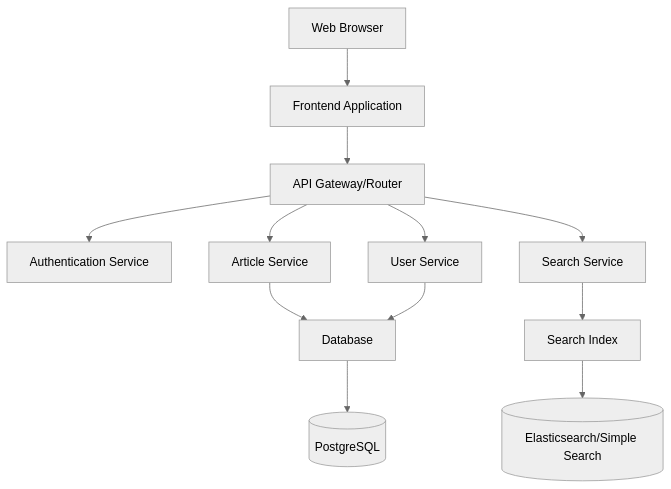
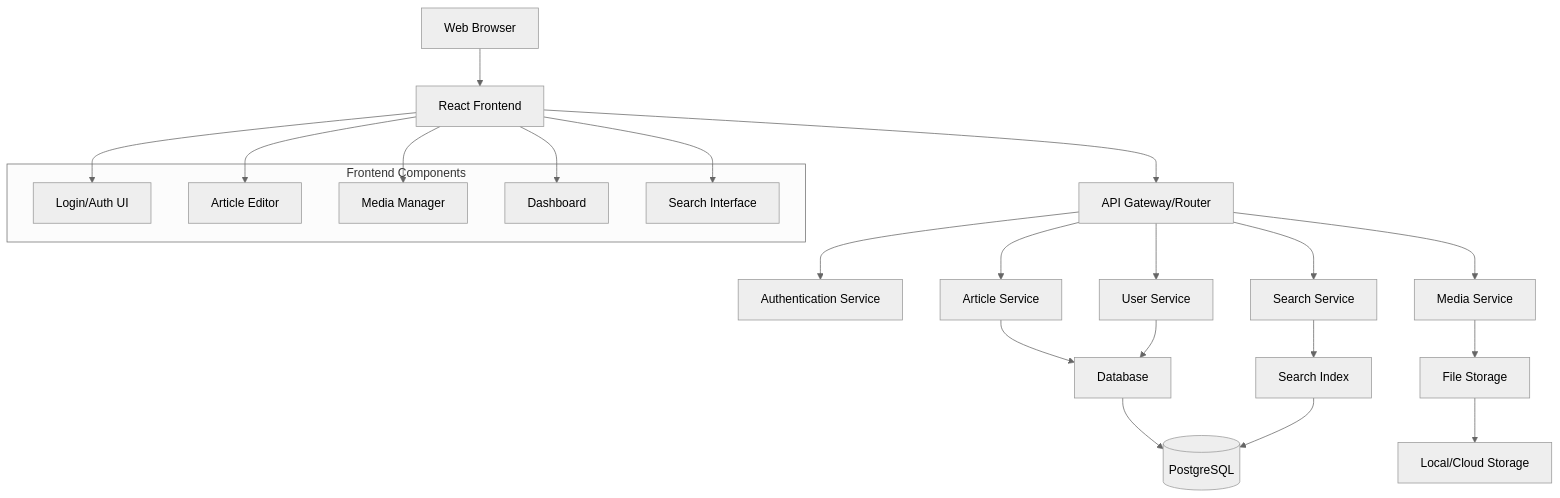
Before and after one commit to stoyanoff2020/simple-cms: the diagram in .kiro/specs/simple-cms/design.md, drawn with Mermaid (neutral theme). The commit also changed other lines of this file and 2 other files, not shown here.

First line of the commit message:
Update spec documents with frontend UI and image management requirements

````diff
--- a/.kiro/specs/simple-cms/design.md
+++ b/.kiro/specs/simple-cms/design.md
@@ -11,14 +11,31 @@
 ```mermaid
 graph TB
-    A[Web Browser] --> B[Frontend Application]
+    A[Web Browser] --> B[React Frontend]
     B --> C[API Gateway/Router]
     C --> D[Authentication Service]
     C --> E[Article Service]
     C --> F[User Service]
     C --> G[Search Service]
-    E --> H[Database]
-    F --> H
-    G --> I[Search Index]
-    H --> J[(PostgreSQL)]
-    I --> K[(Elasticsearch/Simple Search)]
+    C --> H[Media Service]
+    E --> I[Database]
+    F --> I
+    G --> J[Search Index]
+    H --> K[File Storage]
+    I --> L[(PostgreSQL)]
+    J --> L
+    K --> M[Local/Cloud Storage]
+    
+    subgraph "Frontend Components"
+        N[Login/Auth UI]
+        O[Article Editor]
+        P[Media Manager]
+        Q[Dashboard]
+        R[Search Interface]
+    end
+    
+    B --> N
+    B --> O
+    B --> P
+    B --> Q
+    B --> R
 ```
````
